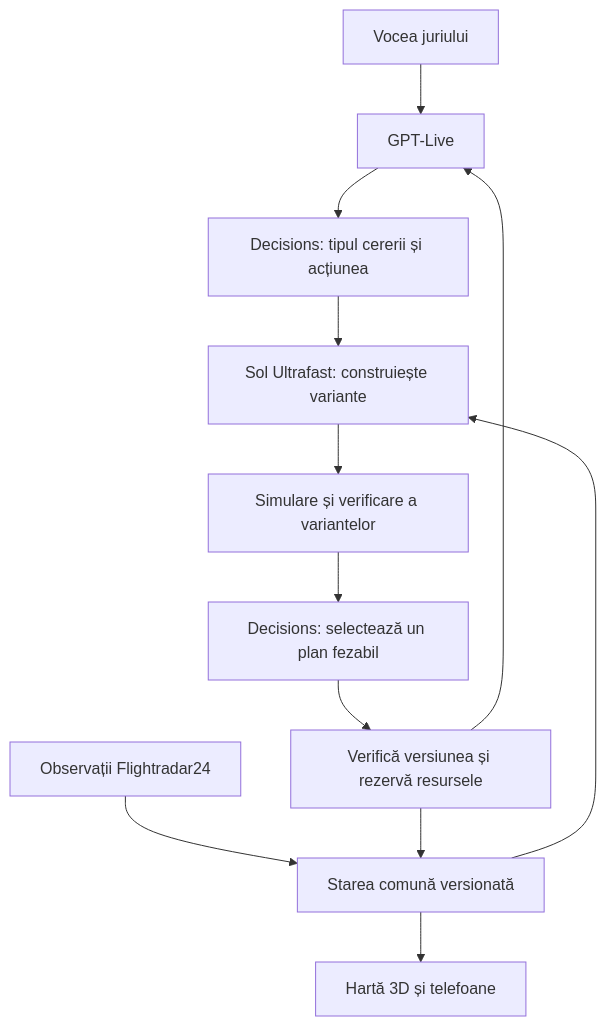
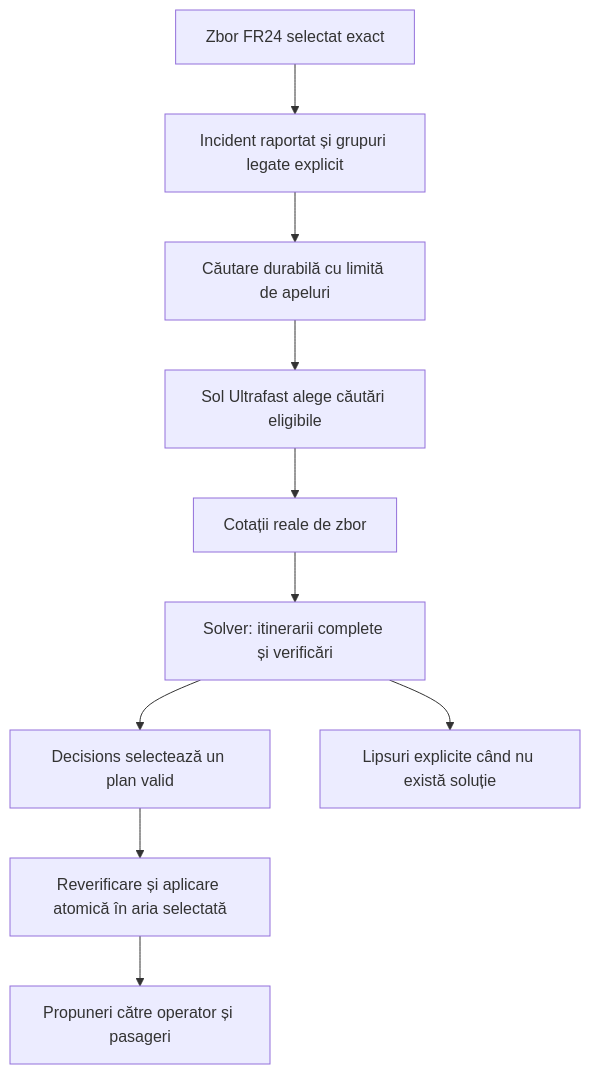
Before and after one commit to ape-x/craiova_hackathon_2026: the diagram in docs/product-spec.md, drawn with Mermaid. The commit also changed other lines of this file and 3 other files, not shown here.

````diff
--- a/docs/product-spec.md
+++ b/docs/product-spec.md
@@ -210,14 +52,12 @@
 ```mermaid
 flowchart TD
-    V[Vocea juriului] --> L[GPT-Live]
-    L --> D[Decisions: tipul cererii și acțiunea]
-    F[Observații Flightradar24] --> S[Starea comună versionată]
-    D --> P[Sol Ultrafast: construiește variante]
-    S --> P
-    P --> T[Simulare și verificare a variantelor]
-    T --> C[Decisions: selectează un plan fezabil]
-    C --> X[Verifică versiunea și rezervă resursele]
-    X --> S
-    S --> M[Hartă 3D și telefoane]
-    X --> L
+    F[Zbor FR24 selectat exact] --> I[Incident raportat și grupuri legate explicit]
+    I --> J[Căutare durabilă cu limită de apeluri]
+    J --> S[Sol Ultrafast alege căutări eligibile]
+    S --> Q[Cotații reale de zbor]
+    Q --> V[Solver: itinerarii complete și verificări]
+    V --> D[Decisions selectează un plan valid]
+    D --> C[Reverificare și aplicare atomică în aria selectată]
+    C --> P[Propuneri către operator și pasageri]
+    V --> G[Lipsuri explicite când nu există soluție]
 ```
````
